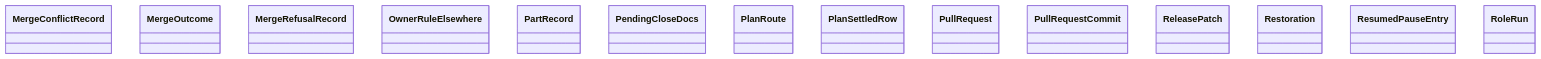
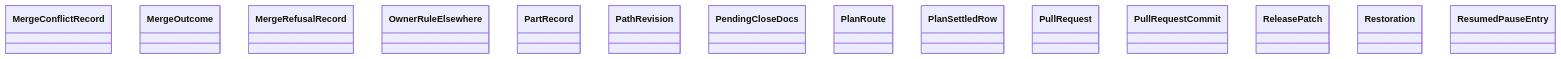
The diagram in docs/architecture/generated/classes-process-domain-state-5.md (GonzaloZevallos/agentic-system), drawn with Mermaid before and after one commit. The commit also changed 10 other files, not shown here.

````diff
--- a/docs/architecture/generated/classes-process-domain-state-5.md
+++ b/docs/architecture/generated/classes-process-domain-state-5.md
@@ -23,17 +23,17 @@
 ```mermaid
 classDiagram
     class task__MergeConflictRecord["MergeConflictRecord"]
     class task__MergeOutcome["MergeOutcome"]
     class task__MergeRefusalRecord["MergeRefusalRecord"]
     class task__OwnerRuleElsewhere["OwnerRuleElsewhere"]
     class task__PartRecord["PartRecord"]
+    class task__PathRevision["PathRevision"]
     class task__PendingCloseDocs["PendingCloseDocs"]
     class task__PlanRoute["PlanRoute"]
     class task__PlanSettledRow["PlanSettledRow"]
     class task__PullRequest["PullRequest"]
     class task__PullRequestCommit["PullRequestCommit"]
     class task__ReleasePatch["ReleasePatch"]
     class task__Restoration["Restoration"]
     class task__ResumedPauseEntry["ResumedPauseEntry"]
-    class task__RoleRun["RoleRun"]
 ```
````
